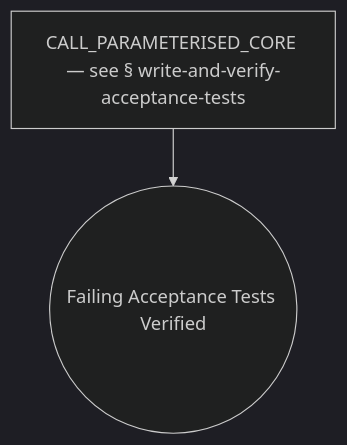
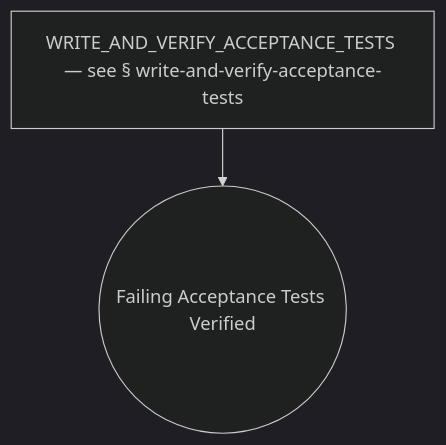
Before and after one commit to optivem/gh-optivem: diagram 13 of 50 in docs/process-diagram.md, drawn with Mermaid (dark theme). The commit also changed other lines of this file and 6 other files, not shown here.

````diff
--- a/docs/process-diagram.md
+++ b/docs/process-diagram.md
@@ -318,7 +318,7 @@
 ```mermaid
 flowchart TD
-    CALL_PARAMETERISED_CORE[CALL_PARAMETERISED_CORE — see § write-and-verify-acceptance-tests]
     WAV_AT_FAIL_END((Failing Acceptance Tests Verified))
+    WRITE_AND_VERIFY_ACCEPTANCE_TESTS[WRITE_AND_VERIFY_ACCEPTANCE_TESTS — see § write-and-verify-acceptance-tests]
 
-    CALL_PARAMETERISED_CORE --> WAV_AT_FAIL_END
+    WRITE_AND_VERIFY_ACCEPTANCE_TESTS --> WAV_AT_FAIL_END
 ```
````
